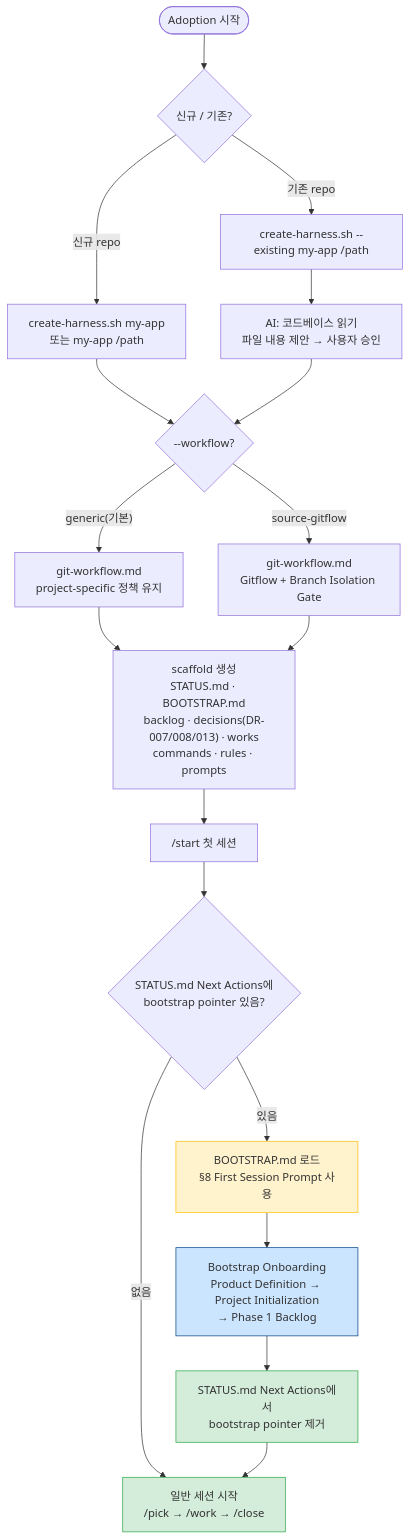
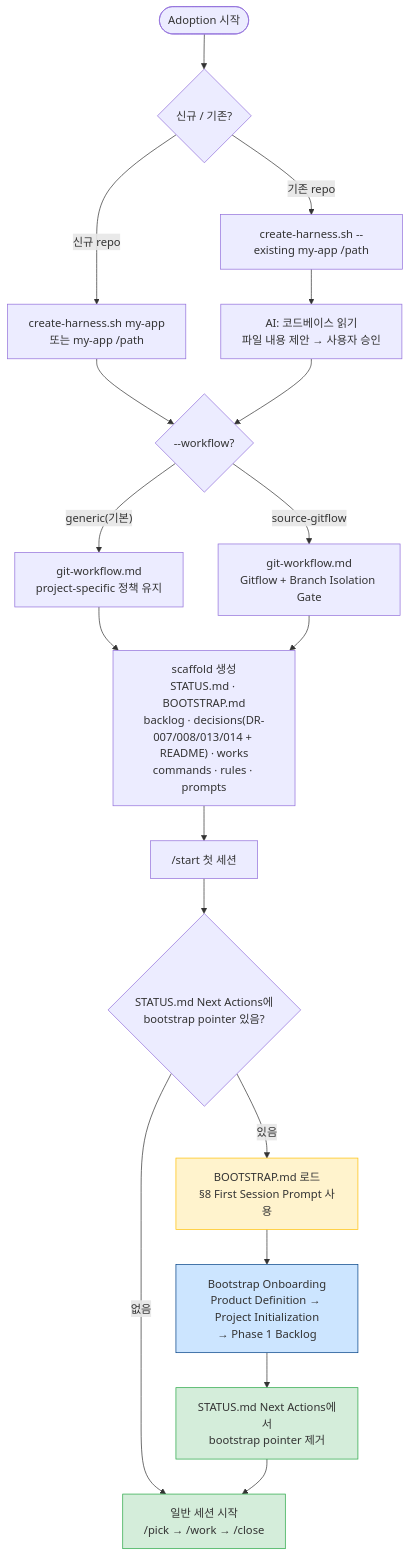
One commit to kyungseo/ai-workflow-harness changed the seventh of 7 diagrams in README.md. Above: the diagram before and after it, drawn with Mermaid. The commit also changed 6 other files, not shown here.

````diff
--- a/README.md
+++ b/README.md
@@ -489,36 +489,36 @@
 ```mermaid
 flowchart TD
     A(["Adoption 시작"]) --> B{"신규 / 기존?"}
 
     B -- "신규 repo" --> C["create-harness.sh my-app\n또는 my-app /path"]
     B -- "기존 repo" --> D["create-harness.sh --existing my-app /path"]
 
     D --> F["AI: 코드베이스 읽기\n파일 내용 제안 → 사용자 승인"]
 
     C --> WF{"--workflow?"}
     F --> WF
 
     WF -- "generic(기본)" --> GW1["git-workflow.md\nproject-specific 정책 유지"]
     WF -- "source-gitflow" --> GW2["git-workflow.md\nGitflow + Branch Isolation Gate"]
 
-    GW1 --> E["scaffold 생성\nSTATUS.md · BOOTSTRAP.md\nbacklog · decisions(DR-007/008/013) · works\ncommands · rules · prompts"]
+    GW1 --> E["scaffold 생성\nSTATUS.md · BOOTSTRAP.md\nbacklog · decisions(DR-007/008/013/014 + README) · works\ncommands · rules · prompts"]
     GW2 --> E
 
     E --> G["/start 첫 세션"]
 
     G --> H{"STATUS.md Next Actions에\nbootstrap pointer 있음?"}
 
     H -- "없음" --> I["일반 세션 시작\n/pick → /work → /close"]
     H -- "있음" --> J["BOOTSTRAP.md 로드\n§8 First Session Prompt 사용"]
 
     J --> K["Bootstrap Onboarding\nProduct Definition → Project Initialization\n→ Phase 1 Backlog"]
 
     K --> L["STATUS.md Next Actions에서\nbootstrap pointer 제거"]
 
     L --> I
 
     style J fill:#fff3cd,stroke:#ffc107
     style K fill:#cce5ff,stroke:#004085
     style L fill:#d4edda,stroke:#28a745
     style I fill:#d4edda,stroke:#28a745
 ```
````
